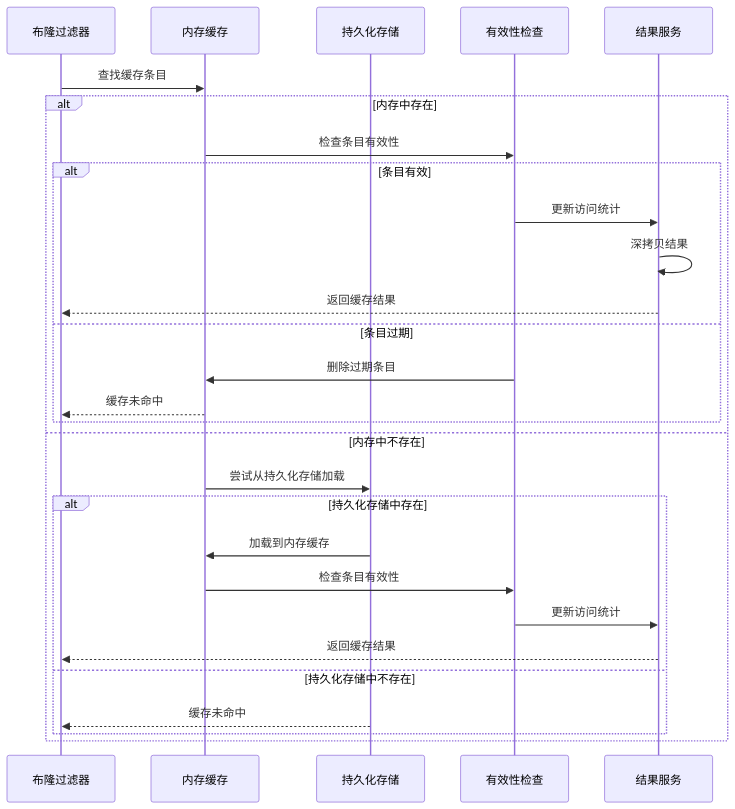
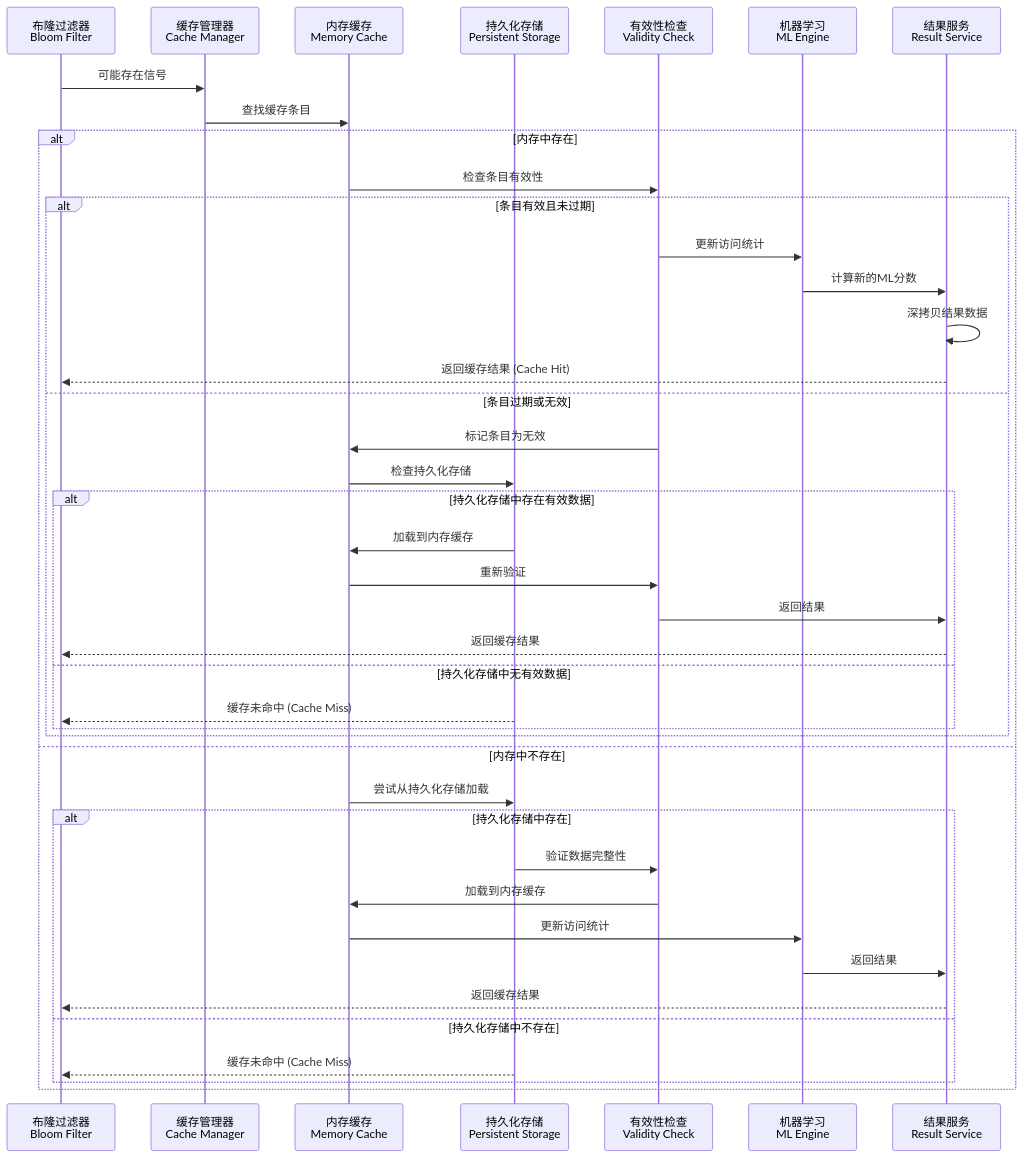
One commit to crazypenguincode/duckdb changed the sixth of 13 diagrams in md/第三章-动态缓存管理.md. Above: the diagram before and after it, drawn with Mermaid. The commit also changed other lines of this file and 361 other files, not shown here.

````diff
--- a/md/第三章-动态缓存管理.md
+++ b/md/第三章-动态缓存管理.md
@@ -516,31 +764,45 @@
 ```mermaid
 sequenceDiagram
-    participant BF as 布隆过滤器
-    participant MC as 内存缓存
-    participant PS as 持久化存储
-    participant VE as 有效性检查
-    participant RS as 结果服务
+    participant BF as 布隆过滤器<br/>Bloom Filter
+    participant CM as 缓存管理器<br/>Cache Manager
+    participant MC as 内存缓存<br/>Memory Cache
+    participant PS as 持久化存储<br/>Persistent Storage
+    participant VE as 有效性检查<br/>Validity Check
+    participant ML as 机器学习<br/>ML Engine
+    participant RS as 结果服务<br/>Result Service
     
-    BF->>MC: 查找缓存条目
+    BF->>CM: 可能存在信号
+    CM->>MC: 查找缓存条目
+    
     alt 内存中存在
         MC->>VE: 检查条目有效性
-        alt 条目有效
-            VE->>RS: 更新访问统计
-            RS->>RS: 深拷贝结果
-            RS-->>BF: 返回缓存结果
-        else 条目过期
-            VE->>MC: 删除过期条目
-            MC-->>BF: 缓存未命中
+        alt 条目有效且未过期
+            VE->>ML: 更新访问统计
+            ML->>RS: 计算新的ML分数
+            RS->>RS: 深拷贝结果数据
+            RS-->>BF: 返回缓存结果 (Cache Hit)
+        else 条目过期或无效
+            VE->>MC: 标记条目为无效
+            MC->>PS: 检查持久化存储
+            alt 持久化存储中存在有效数据
+                PS->>MC: 加载到内存缓存
+                MC->>VE: 重新验证
+                VE->>RS: 返回结果
+                RS-->>BF: 返回缓存结果
+            else 持久化存储中无有效数据
+                PS-->>BF: 缓存未命中 (Cache Miss)
+            end
         end
     else 内存中不存在
         MC->>PS: 尝试从持久化存储加载
         alt 持久化存储中存在
-            PS->>MC: 加载到内存缓存
-            MC->>VE: 检查条目有效性
-            VE->>RS: 更新访问统计
+            PS->>VE: 验证数据完整性
+            VE->>MC: 加载到内存缓存
+            MC->>ML: 更新访问统计
+            ML->>RS: 返回结果
             RS-->>BF: 返回缓存结果
         else 持久化存储中不存在
-            PS-->>BF: 缓存未命中
+            PS-->>BF: 缓存未命中 (Cache Miss)
         end
     end
 ```
````
